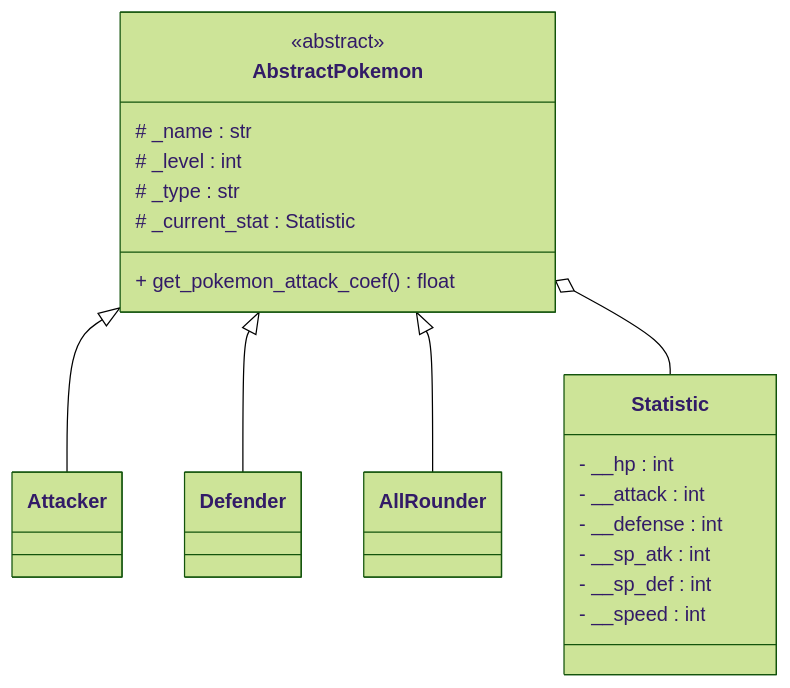
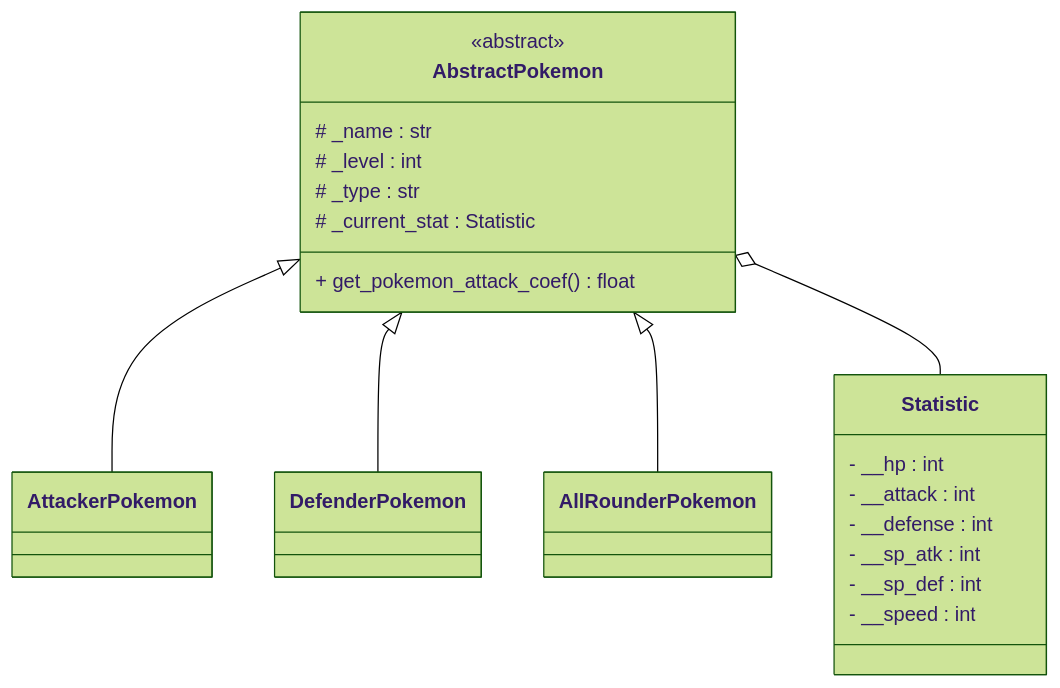
The second of 5 diagrams in quarto-site/doc/tp/tp2.qmd (ludo2ne/ENSAI-2A-Projet-info), drawn with Mermaid (forest theme) before and after one commit. The commit also changed other lines of this file and 6 other files, not shown here.

````diff
--- a/quarto-site/doc/tp/tp2.qmd
+++ b/quarto-site/doc/tp/tp2.qmd
@@ -231,25 +240,25 @@
 ```{mermaid}
 classDiagram
   class AbstractPokemon {
     <<abstract>>
     # _name : str
     # _level : int
     # _type : str
     # _current_stat : Statistic
     + get_pokemon_attack_coef() float
   }
  
   class Statistic {
     - __hp : int
     - __attack : int
     - __defense : int
     - __sp_atk : int
     - __sp_def : int
     - __speed : int
   }
  
-  AbstractPokemon <|-- Attacker
-  AbstractPokemon <|-- Defender
-  AbstractPokemon <|-- AllRounder
+  AbstractPokemon <|-- AttackerPokemon
+  AbstractPokemon <|-- DefenderPokemon
+  AbstractPokemon <|-- AllRounderPokemon
   AbstractPokemon o-- Statistic
 ```
````
